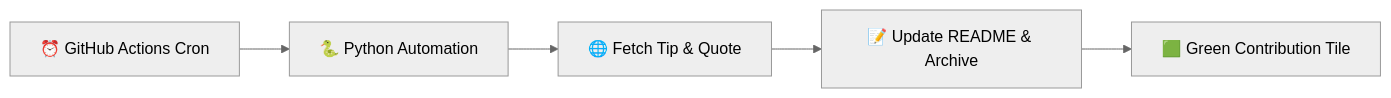
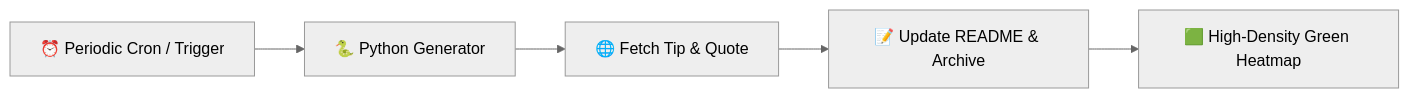
One commit to abushaidislam/daily-dev-journal changed the diagram in README.md. Above: the diagram before and after it, drawn with Mermaid (neutral theme). The commit also changed other lines of this file and 3 other files, not shown here.

````diff
--- a/README.md
+++ b/README.md
@@ -16,7 +17,7 @@
 ```mermaid
 flowchart LR
-    A[⏰ GitHub Actions Cron] --> B[🐍 Python Automation]
+    A[⏰ Periodic Cron / Trigger] --> B[🐍 Python Generator]
     B --> C[🌐 Fetch Tip & Quote]
     C --> D[📝 Update README & Archive]
-    D --> E[🟩 Green Contribution Tile]
+    D --> E[🟩 High-Density Green Heatmap]
 ```
````
